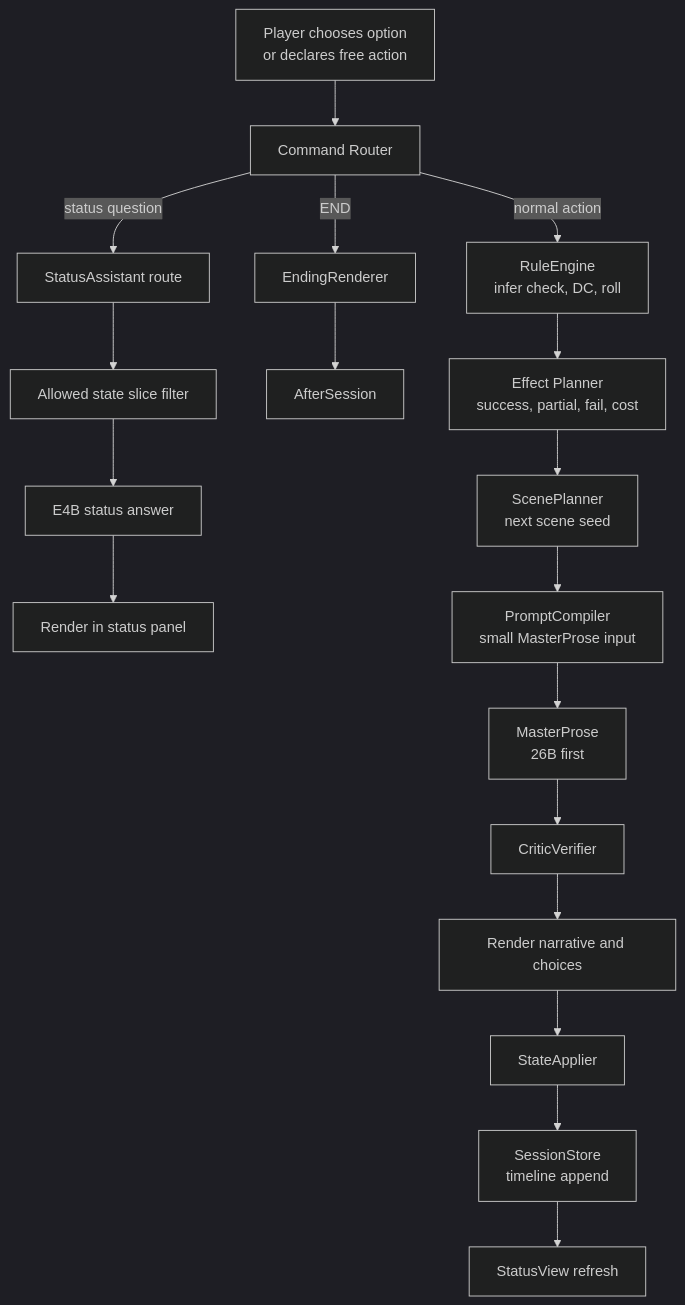
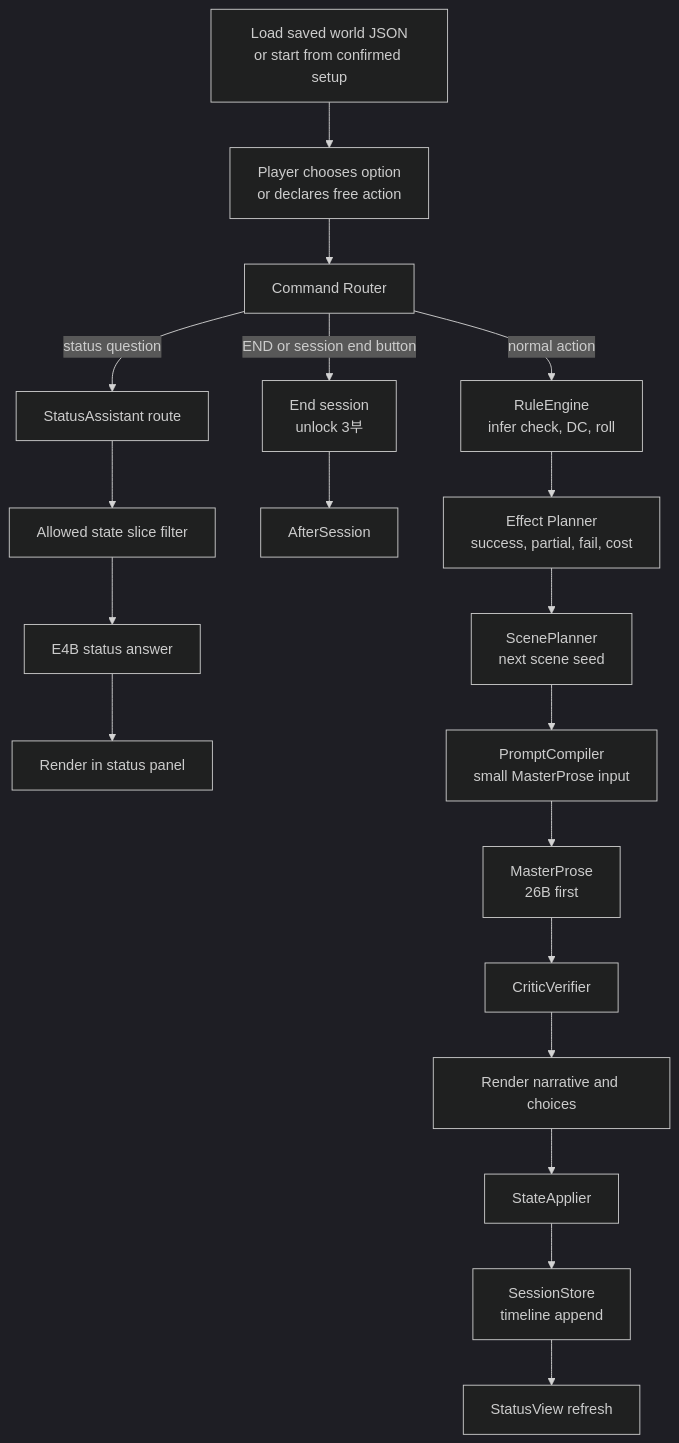
One commit to winterrainlee/winterrain_trpg changed the third of 4 diagrams in design/winterrain-rp-module-architecture-design.md. Above: the diagram before and after it, drawn with Mermaid (dark theme). The commit also changed other lines of this file and 4 other files, not shown here.

Commit message:
Refine play session loading and after flow

````diff
--- a/design/winterrain-rp-module-architecture-design.md
+++ b/design/winterrain-rp-module-architecture-design.md
@@ -393,22 +417,23 @@
 ```mermaid
 flowchart TD
-  A["Player chooses option<br/>or declares free action"] --> B["Command Router"]
+  A0["Load saved world JSON<br/>or start from confirmed setup"] --> A["Player chooses option<br/>or declares free action"]
+  A --> B["Command Router"]
   B -->|status question| SQ["StatusAssistant route"]
   SQ --> SF["Allowed state slice filter"]
   SF --> SA["E4B status answer"]
   SA --> SR["Render in status panel"]
 
-  B -->|END| ER["EndingRenderer"]
+  B -->|END or session end button| ER["End session<br/>unlock 3부"]
   ER --> AS["AfterSession"]
 
   B -->|normal action| C["RuleEngine<br/>infer check, DC, roll"]
   C --> D["Effect Planner<br/>success, partial, fail, cost"]
   D --> E["ScenePlanner<br/>next scene seed"]
   E --> F["PromptCompiler<br/>small MasterProse input"]
   F --> G["MasterProse<br/>26B first"]
   G --> H["CriticVerifier"]
   H --> I["Render narrative and choices"]
   I --> J["StateApplier"]
   J --> K["SessionStore<br/>timeline append"]
   K --> L["StatusView refresh"]
 ```
````
